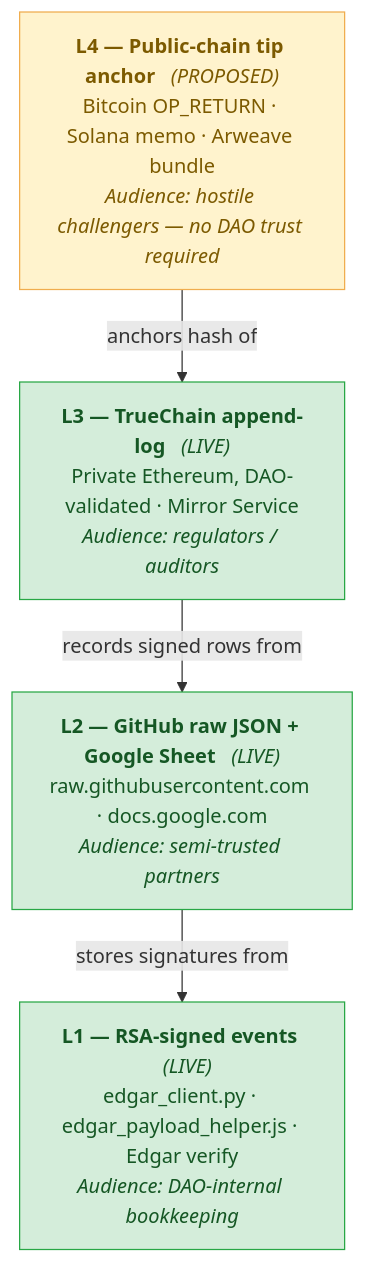
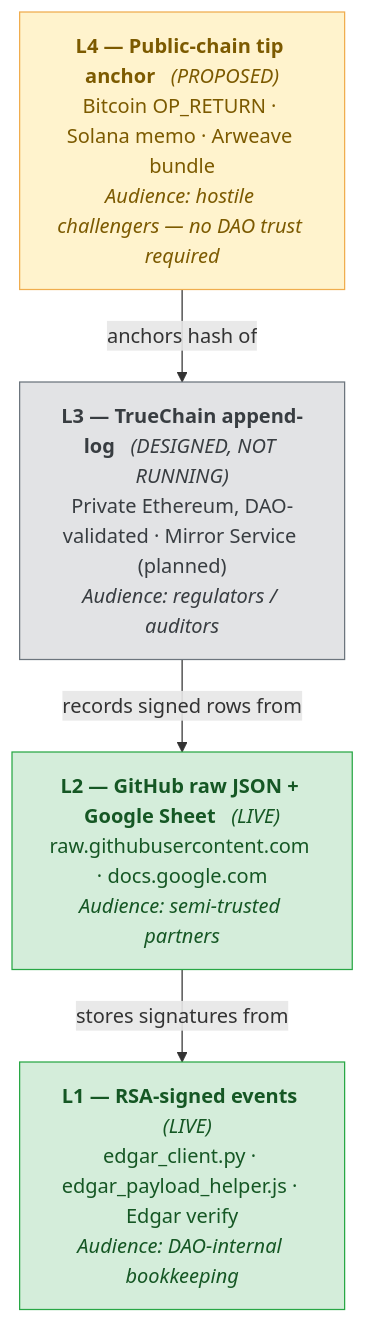
Before and after one commit to TrueSightDAO/agentic_ai_context: the first of 2 diagrams in BLOCKCHAIN_ANCHORING_PROPOSAL.md, drawn with Mermaid. The commit also changed other lines of this file and 1 other file, not shown here.

````diff
--- a/BLOCKCHAIN_ANCHORING_PROPOSAL.md
+++ b/BLOCKCHAIN_ANCHORING_PROPOSAL.md
@@ -19,14 +19,16 @@
 ```mermaid
 flowchart TB
     L4["<b>L4 — Public-chain tip anchor</b> &nbsp; <i>(PROPOSED)</i><br/>Bitcoin OP_RETURN · Solana memo · Arweave bundle<br/><i>Audience: hostile challengers — no DAO trust required</i>"]
-    L3["<b>L3 — TrueChain append-log</b> &nbsp; <i>(LIVE)</i><br/>Private Ethereum, DAO-validated · Mirror Service<br/><i>Audience: regulators / auditors</i>"]
+    L3["<b>L3 — TrueChain append-log</b> &nbsp; <i>(DESIGNED, NOT RUNNING)</i><br/>Private Ethereum, DAO-validated · Mirror Service (planned)<br/><i>Audience: regulators / auditors</i>"]
     L2["<b>L2 — GitHub raw JSON + Google Sheet</b> &nbsp; <i>(LIVE)</i><br/>raw.githubusercontent.com · docs.google.com<br/><i>Audience: semi-trusted partners</i>"]
     L1["<b>L1 — RSA-signed events</b> &nbsp; <i>(LIVE)</i><br/>edgar_client.py · edgar_payload_helper.js · Edgar verify<br/><i>Audience: DAO-internal bookkeeping</i>"]
     L4 -->|anchors hash of| L3
     L3 -->|records signed rows from| L2
     L2 -->|stores signatures from| L1
     classDef live fill:#d4edda,stroke:#28a745,color:#155724
+    classDef designed fill:#e2e3e5,stroke:#6c757d,color:#383d41
     classDef proposed fill:#fff3cd,stroke:#f0ad4e,color:#7c5a00
-    class L1,L2,L3 live
+    class L1,L2 live
+    class L3 designed
     class L4 proposed
 ```
````
